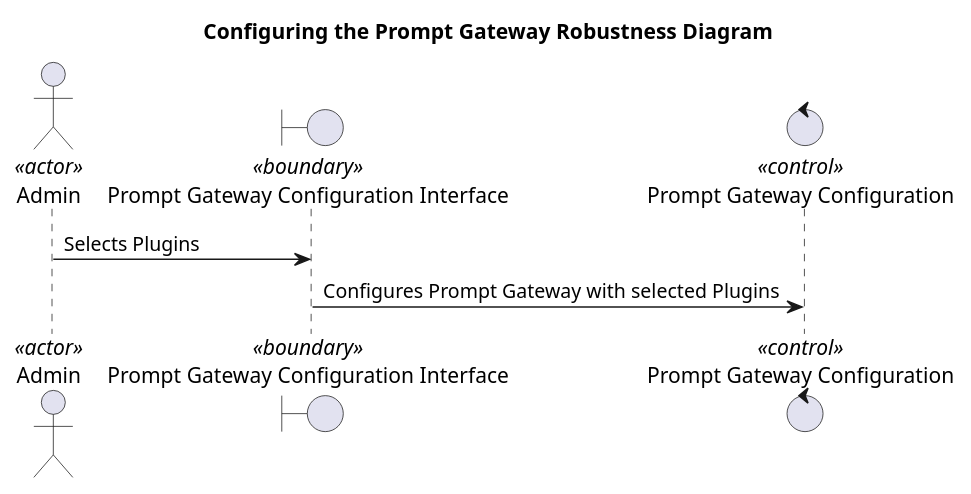
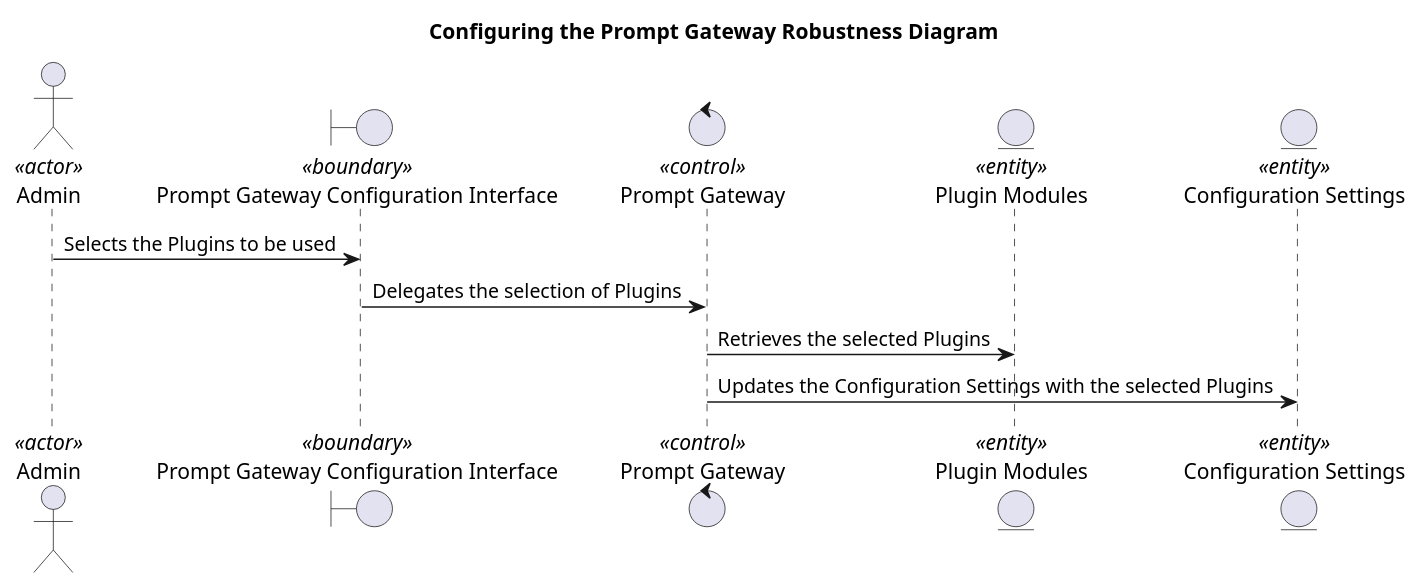
One commit to o2alexanderfedin/AI-demos changed diagram 12 of 21 in Design_Document_Prompt_Gateway_RESTful_API_LLM.md. Above: the diagram before and after it, drawn with PlantUML. The commit also changed other lines of this file, not shown here.

````diff
--- a/Design_Document_Prompt_Gateway_RESTful_API_LLM.md
+++ b/Design_Document_Prompt_Gateway_RESTful_API_LLM.md
@@ -408,12 +475,16 @@
 ```plantuml
 @startuml
 title Configuring the Prompt Gateway Robustness Diagram
 
 actor "Admin" as A <<actor>>
 boundary "Prompt Gateway Configuration Interface" as B <<boundary>>
-control "Prompt Gateway Configuration" as C <<control>>
+control "Prompt Gateway" as C <<control>>
+entity "Plugin Modules" as D <<entity>>
+entity "Configuration Settings" as E <<entity>>
 
-A -> B : Selects Plugins
-B -> C : Configures Prompt Gateway with selected Plugins
+A -> B : Selects the Plugins to be used
+B -> C : Delegates the selection of Plugins
+C -> D : Retrieves the selected Plugins
+C -> E : Updates the Configuration Settings with the selected Plugins
 @enduml
 ```
````
